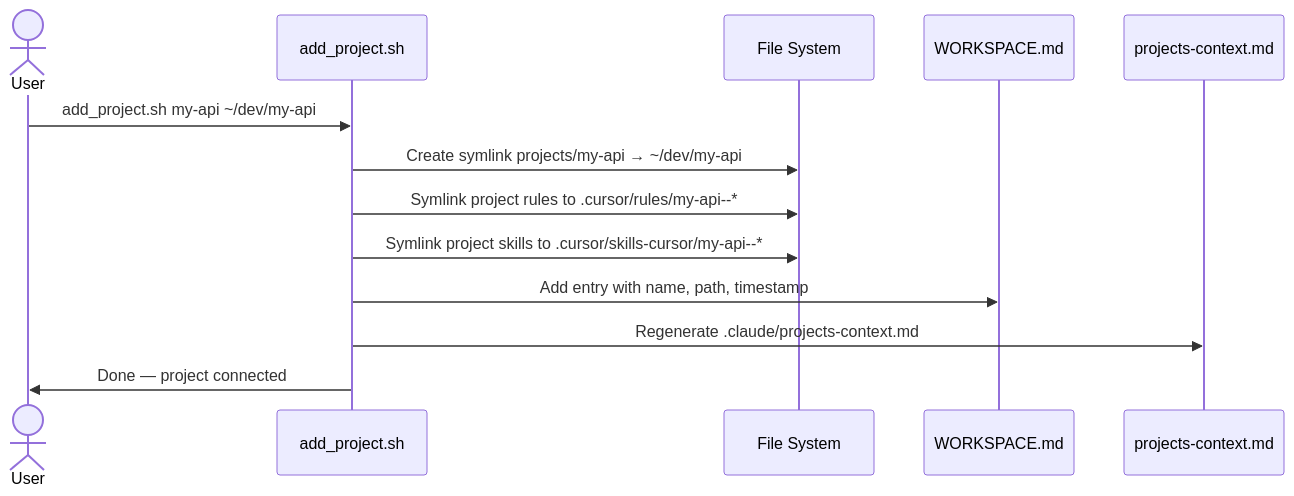
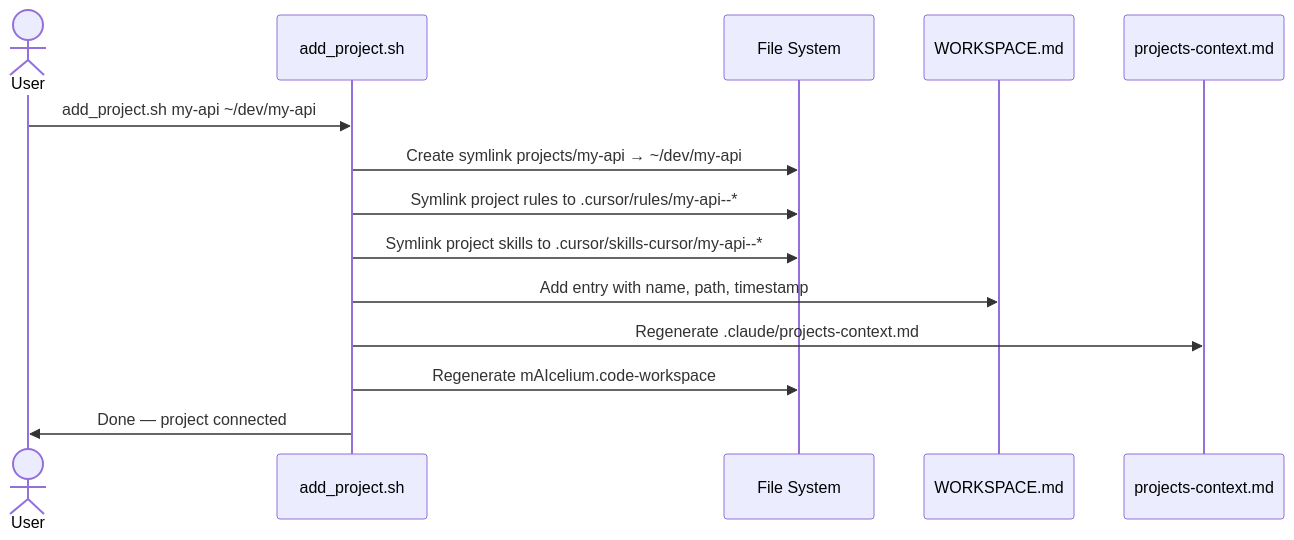
The second of 4 diagrams in docs/architecture.md (samartined/mAIcelium), drawn with Mermaid before and after one commit. The commit also changed other lines of this file and 2 other files, not shown here.

````diff
--- a/docs/architecture.md
+++ b/docs/architecture.md
@@ -122,16 +130,17 @@
 ```mermaid
 sequenceDiagram
     actor User
     participant Script as add_project.sh
     participant FS as File System
     participant WS as WORKSPACE.md
     participant Claude as projects-context.md
 
     User->>Script: add_project.sh my-api ~/dev/my-api
     Script->>FS: Create symlink projects/my-api → ~/dev/my-api
     Script->>FS: Symlink project rules to .cursor/rules/my-api--*
     Script->>FS: Symlink project skills to .cursor/skills-cursor/my-api--*
     Script->>WS: Add entry with name, path, timestamp
     Script->>Claude: Regenerate .claude/projects-context.md
+    Script->>FS: Regenerate mAIcelium.code-workspace
     Script->>User: Done — project connected
 ```
````
